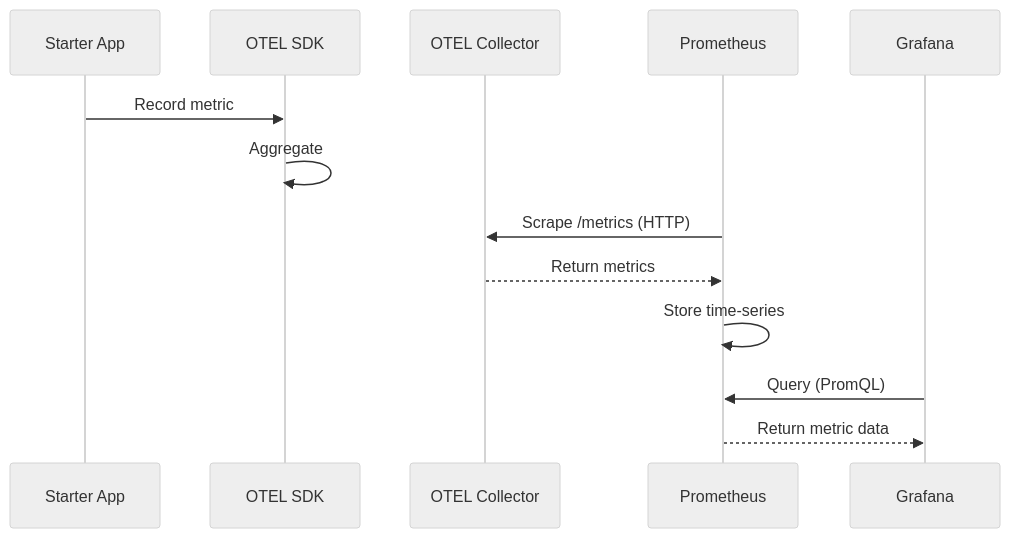
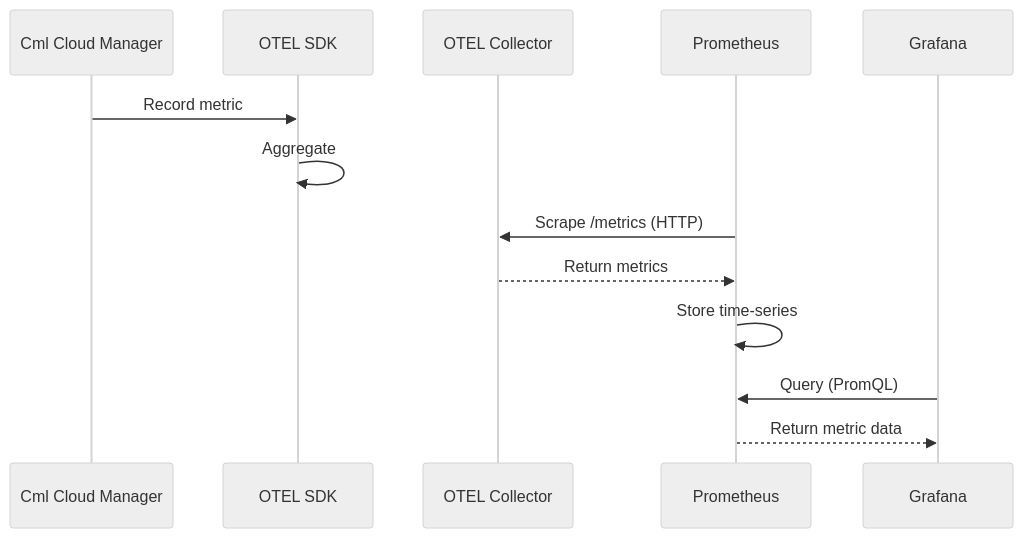
One commit to bvandewe/CML-Cloud-Manager changed the third of 3 diagrams in docs/observability/architecture.md. Above: the diagram before and after it, drawn with Mermaid (neutral theme). The commit also changed other lines of this file and 80 other files, not shown here.

````diff
--- a/docs/observability/architecture.md
+++ b/docs/observability/architecture.md
@@ -220,16 +220,16 @@
 ```mermaid
 sequenceDiagram
-    participant App as Starter App
+    participant App as Cml Cloud Manager
     participant SDK as OTEL SDK
     participant Collector as OTEL Collector
     participant Prom as Prometheus
     participant Grafana as Grafana
 
     App->>SDK: Record metric
     SDK->>SDK: Aggregate
     Prom->>Collector: Scrape /metrics (HTTP)
     Collector-->>Prom: Return metrics
     Prom->>Prom: Store time-series
     Grafana->>Prom: Query (PromQL)
     Prom-->>Grafana: Return metric data
 ```
````
